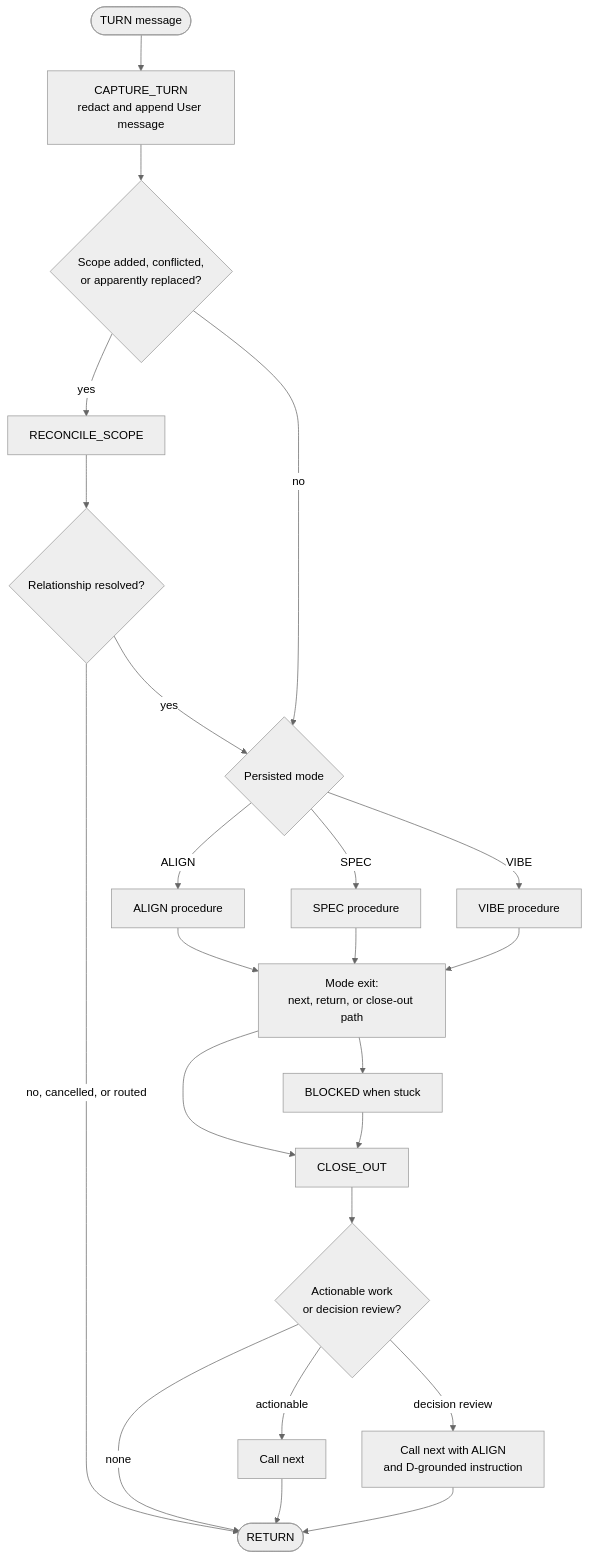
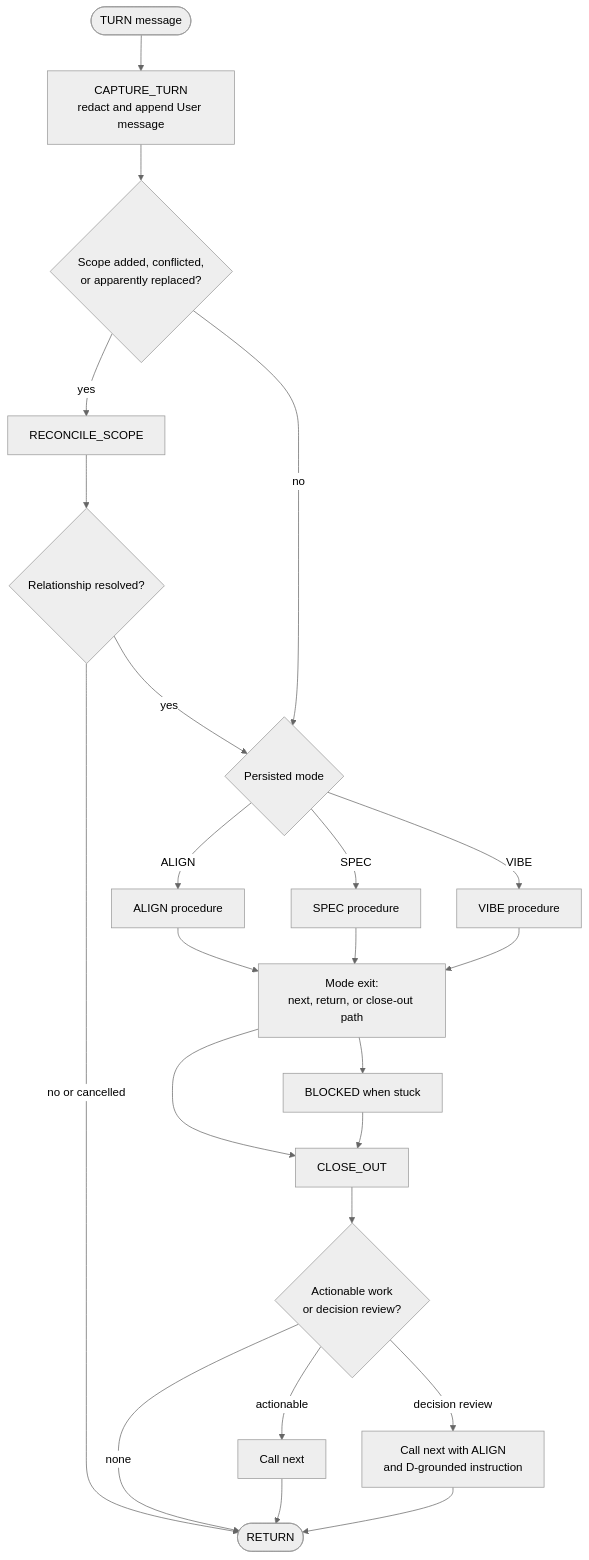
Before and after one commit to dhumdil-apps/pi-director: the seventh of 12 diagrams in docs/AGENT-WORKFLOW-DIAGRAMS.md, drawn with Mermaid (neutral theme). The commit also changed other lines of this file and 12 other files, not shown here.

````diff
--- a/docs/AGENT-WORKFLOW-DIAGRAMS.md
+++ b/docs/AGENT-WORKFLOW-DIAGRAMS.md
@@ -165,25 +165,25 @@
 ```mermaid
 flowchart TD
     Turn([TURN message]) --> Capture[CAPTURE_TURN<br/>redact and append User message]
     Capture --> Scope{Scope added, conflicted,<br/>or apparently replaced?}
     Scope -- yes --> Reconcile[RECONCILE_SCOPE]
     Reconcile --> Resolved{Relationship resolved?}
-    Resolved -- no, cancelled, or routed --> Return([RETURN])
+    Resolved -- no or cancelled --> Return([RETURN])
     Resolved -- yes --> Dispatch
     Scope -- no --> Dispatch{Persisted mode}
     Dispatch -- ALIGN --> AlignNode[ALIGN procedure]
     Dispatch -- SPEC --> SpecNode[SPEC procedure]
     Dispatch -- VIBE --> VibeNode[VIBE procedure]
     AlignNode --> Join[Mode exit:<br/>next, return, or close-out path]
     SpecNode --> Join
     VibeNode --> Join
     Join --> Blocked[BLOCKED when stuck]
     Join --> Close[CLOSE_OUT]
     Blocked --> Close
     Close --> Remaining{Actionable work<br/>or decision review?}
     Remaining -- actionable --> Next[Call next]
     Remaining -- decision review --> ReviewNext[Call next with ALIGN<br/>and D-grounded instruction]
     Remaining -- none --> Return
     Next --> Return
     ReviewNext --> Return
 ```
````
